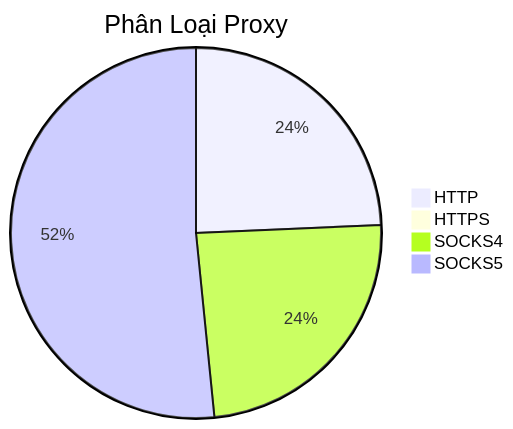
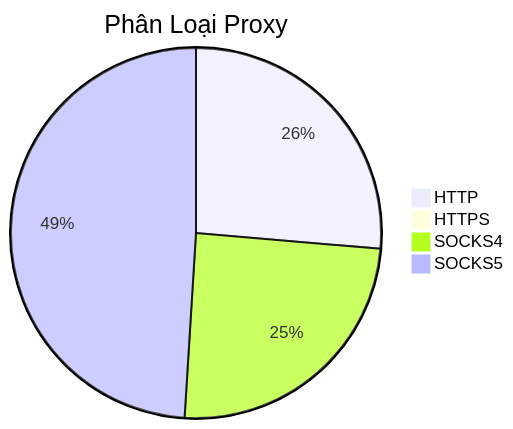
Before and after one commit to Ciara-Aa/PROXY-free: the diagram in README.md, drawn with Mermaid. The commit also changed other lines of this file and 3 other files, not shown here.

````diff
--- a/README.md
+++ b/README.md
@@ -26,7 +26,7 @@
 ```mermaid
 pie title Phân Loại Proxy
-    "HTTP" : 245
+    "HTTP" : 228
     "HTTPS" : 0
-    "SOCKS4" : 243
-    "SOCKS5" : 520
+    "SOCKS4" : 213
+    "SOCKS5" : 424
 ```
````
